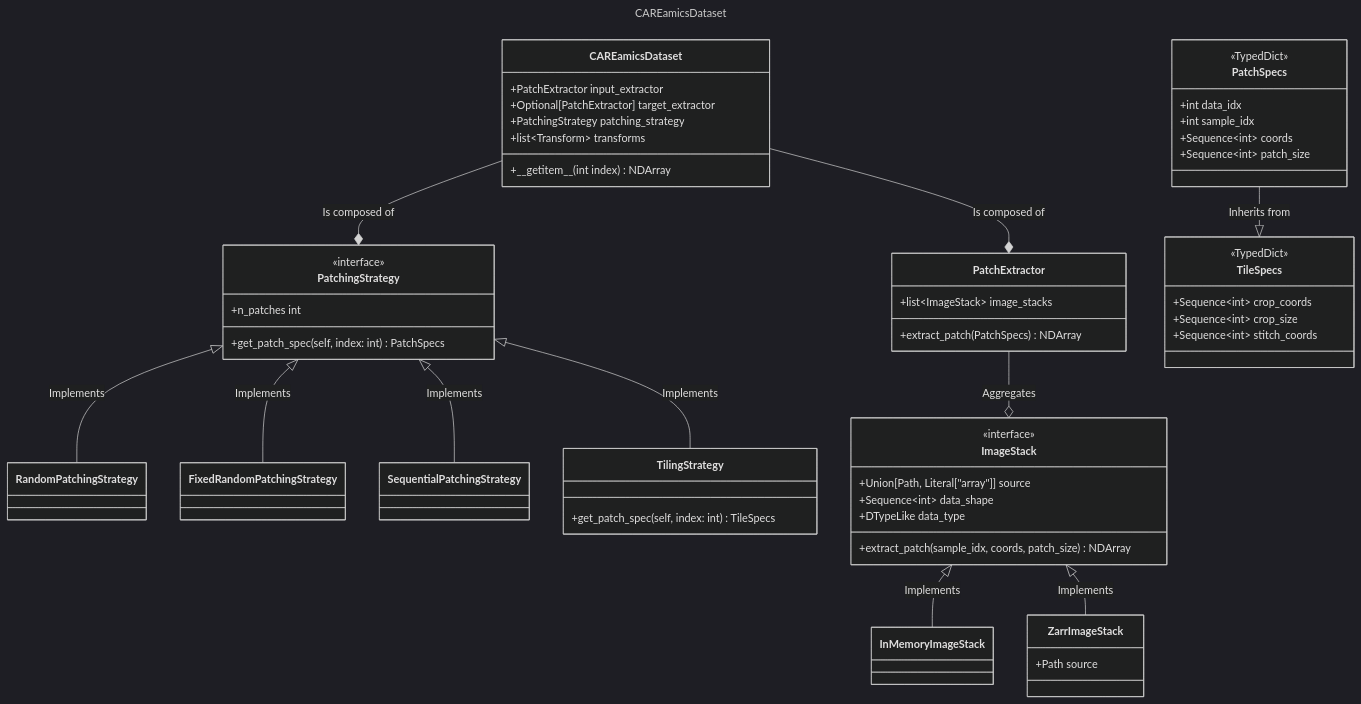
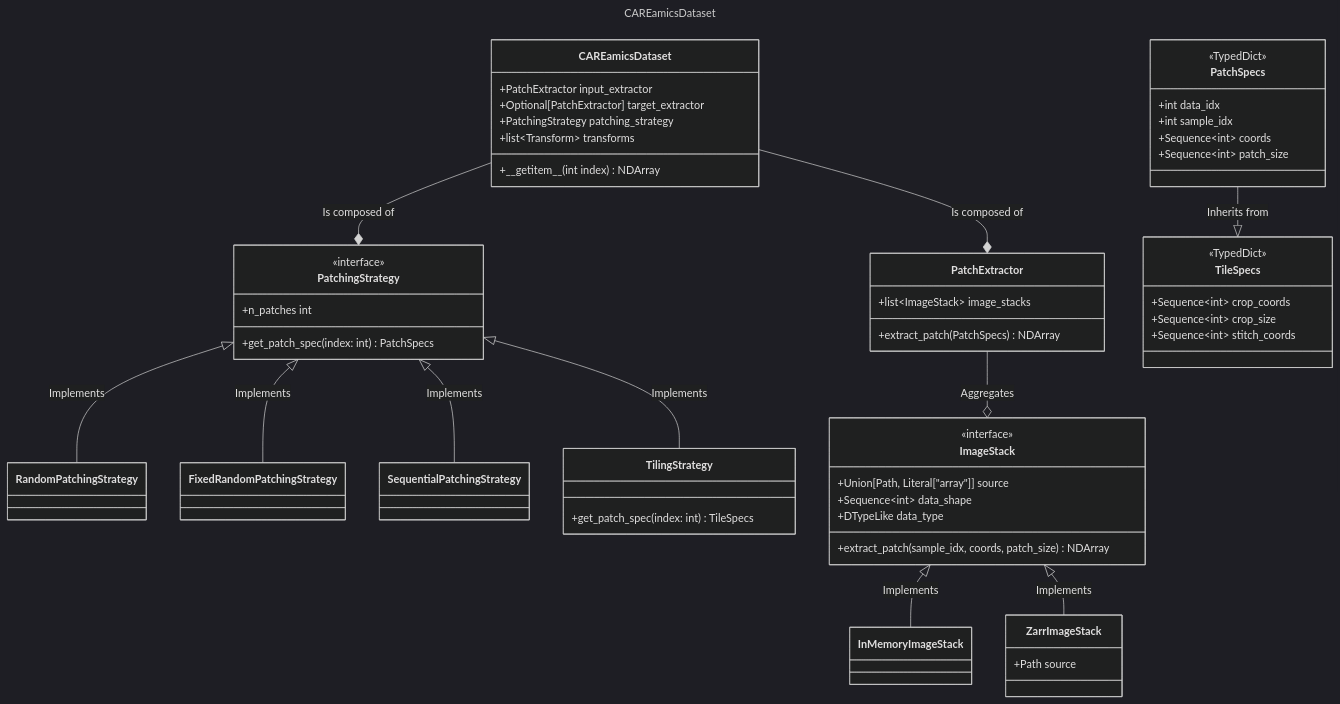
Before and after one commit to CAREamics/careamics: the diagram in src/careamics/dataset_ng/README.md, drawn with Mermaid (dark theme). The commit also changed other lines of this file, not shown here.

Commit message:
docs: remove 'self' from method in UML; some fixes in text

````diff
--- a/src/careamics/dataset_ng/README.md
+++ b/src/careamics/dataset_ng/README.md
@@ -12,69 +12,69 @@
 ```mermaid
 ---
 title: CAREamicsDataset
 ---
 classDiagram
     class CAREamicsDataset{
         +PatchExtractor input_extractor
         +Optional[PatchExtractor] target_extractor
         +PatchingStrategy patching_strategy
         +list~Transform~ transforms
         +\_\_getitem\_\_(int index) NDArray
     }
     class PatchingStrategy{
         <<interface>>
         +n_patches int
-        +get_patch_spec(self, index: int) PatchSpecs
+        +get_patch_spec(index: int) PatchSpecs
     }
     class RandomPatchingStrategy{
     }
     class FixedRandomPatchingStrategy{
     }
     class SequentialPatchingStrategy{
     }
     class TilingStrategy{
-        +get_patch_spec(self, index: int) TileSpecs
+        +get_patch_spec(index: int) TileSpecs
     }
 
     class PatchExtractor{
         +list~ImageStack~ image_stacks
         +extract_patch(PatchSpecs) NDArray
     }
     class PatchSpecs {
         <<TypedDict>>
         +int data_idx
         +int sample_idx
         +Sequence~int~ coords
         +Sequence~int~ patch_size
     }
         class TileSpecs {
         <<TypedDict>>
         +Sequence~int~ crop_coords
         +Sequence~int~ crop_size
         +Sequence~int~ stitch_coords
     }
 
     class ImageStack{
         <<interface>>
         +Union[Path, Literal["array"]] source
         +Sequence~int~ data_shape
         +DTypeLike data_type
         +extract_patch(sample_idx, coords, patch_size) NDArray
     }
     class InMemoryImageStack {
     }
     class ZarrImageStack {
         +Path source
     }
     
     CAREamicsDataset --* PatchExtractor: Is composed of
     CAREamicsDataset --* PatchingStrategy: Is composed of
     PatchExtractor --o ImageStack: Aggregates
     ImageStack <|-- InMemoryImageStack: Implements
     ImageStack <|-- ZarrImageStack: Implements
     PatchingStrategy <|-- RandomPatchingStrategy: Implements
     PatchingStrategy <|-- FixedRandomPatchingStrategy: Implements
     PatchingStrategy <|-- SequentialPatchingStrategy: Implements
     PatchingStrategy <|-- TilingStrategy: Implements
     PatchSpecs --|> TileSpecs: Inherits from
 ```
````
